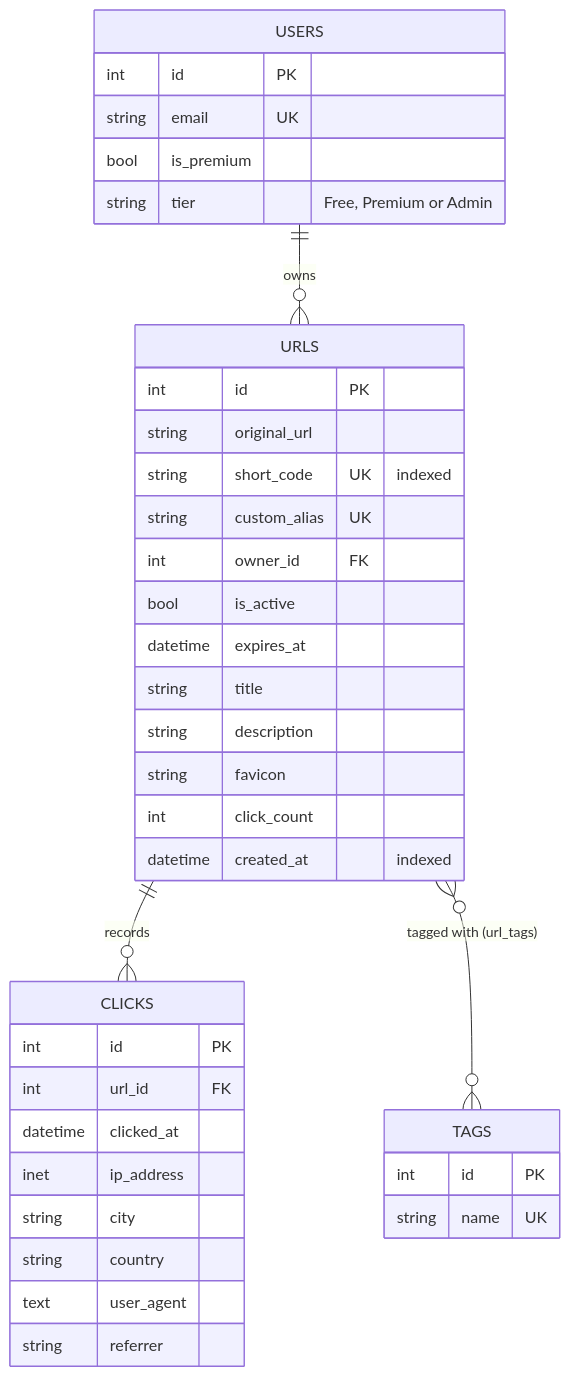
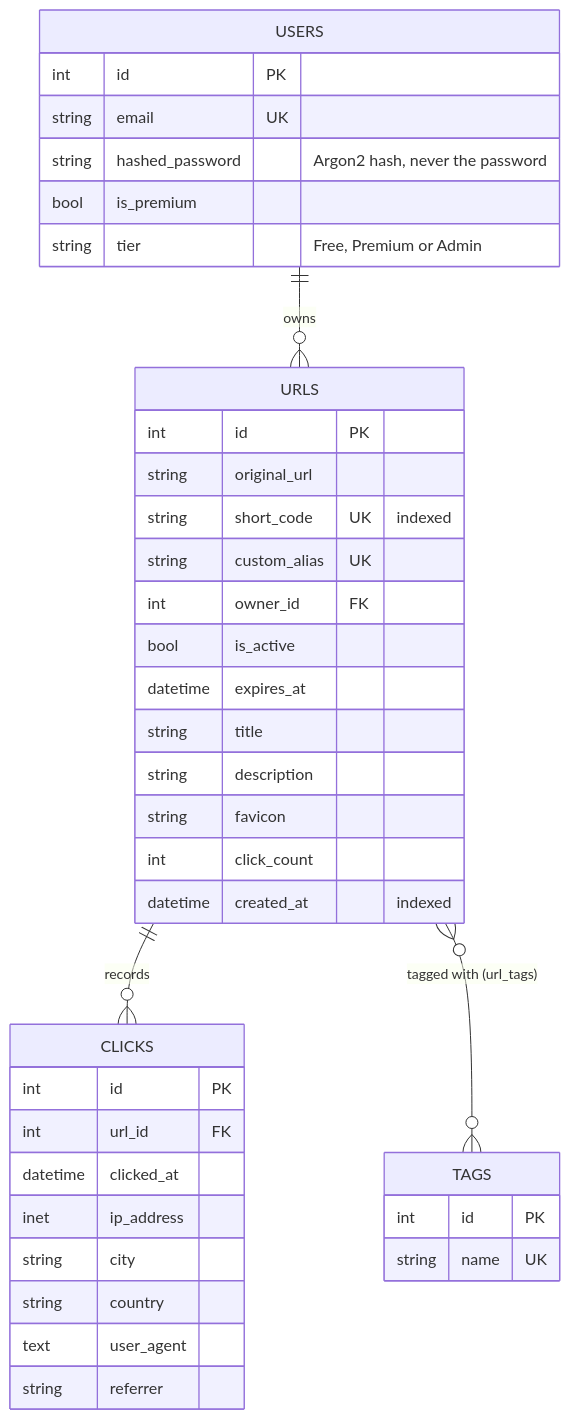
One commit to erickkanja-code/URL-Shortener_Microservice changed the fourth of 4 diagrams in README.md. Above: the diagram before and after it, drawn with Mermaid. The commit also changed other lines of this file and 7 other files, not shown here.

````diff
--- a/README.md
+++ b/README.md
@@ -49,41 +84,42 @@
 ```mermaid
 erDiagram
     USERS ||--o{ URLS : owns
     URLS ||--o{ CLICKS : records
     URLS }o--o{ TAGS : "tagged with (url_tags)"
 
     USERS {
         int id PK
         string email UK
+        string hashed_password "Argon2 hash, never the password"
         bool is_premium
         string tier "Free, Premium or Admin"
     }
     URLS {
         int id PK
         string original_url
         string short_code UK "indexed"
         string custom_alias UK
         int owner_id FK
         bool is_active
         datetime expires_at
         string title
         string description
         string favicon
         int click_count
         datetime created_at "indexed"
     }
     CLICKS {
         int id PK
         int url_id FK
         datetime clicked_at
         inet ip_address
         string city
         string country
         text user_agent
         string referrer
     }
     TAGS {
         int id PK
         string name UK
     }
 ```
````
